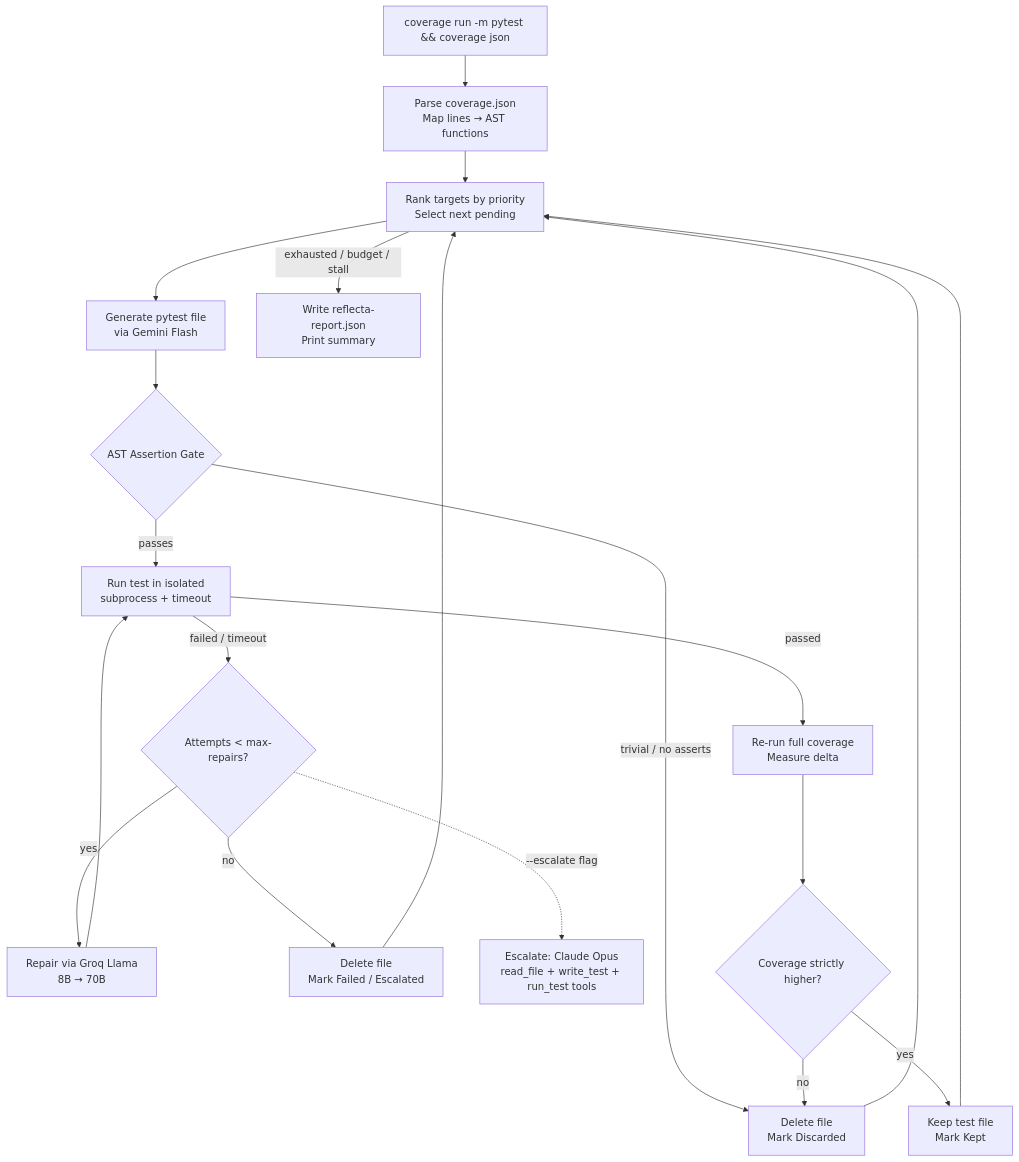
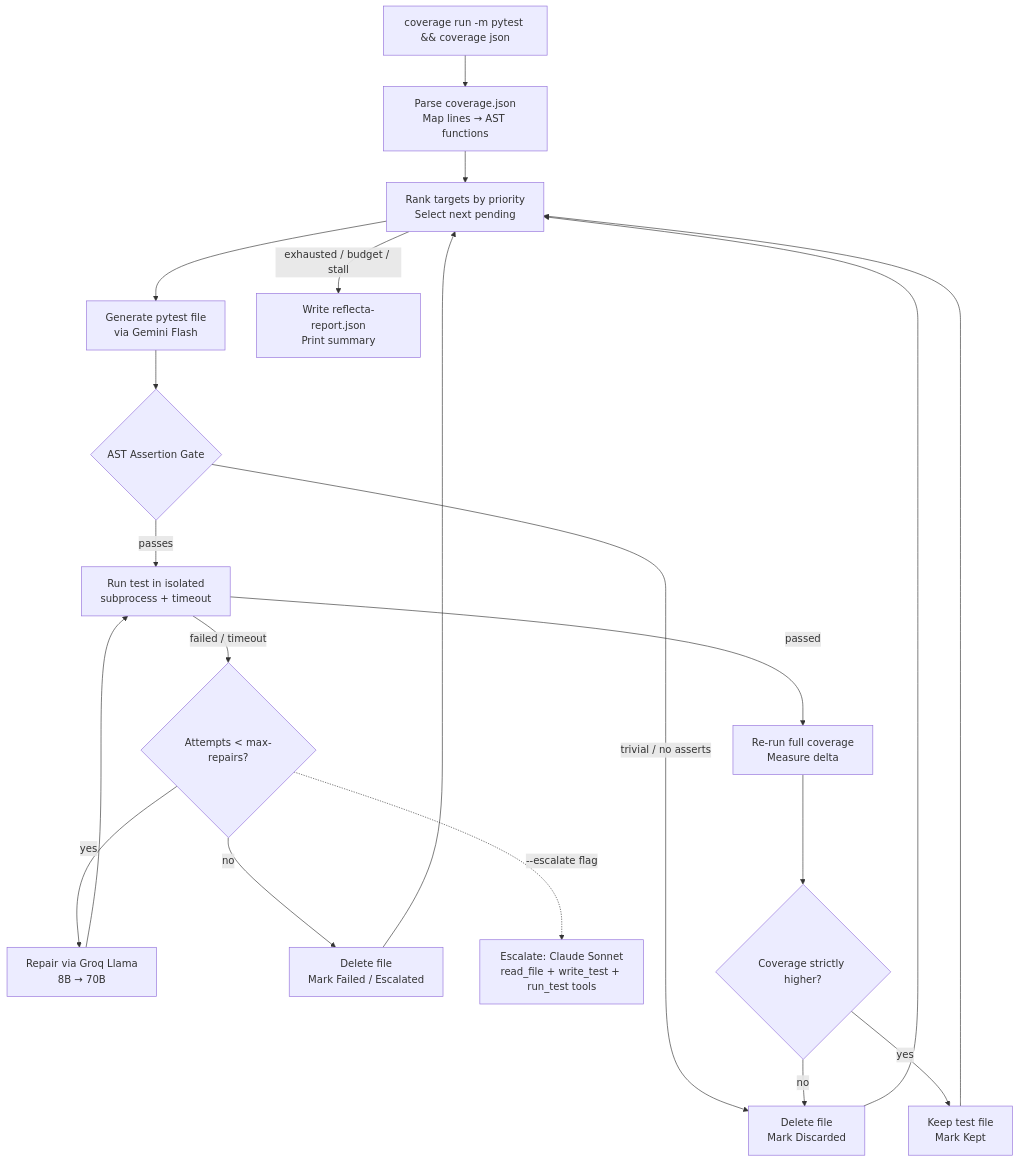
The diagram in README.md (parthiv-2006/Reflecta-Ai-Agent), drawn with Mermaid before and after one commit. The commit also changed other lines of this file and 2 other files, not shown here.

Commit message:
fix: use claude-sonnet-4-6 for escalation (not opus)
Matches project convention: sonnet for standard work, opus only for
problems sonnet cannot solve. Adds @pytest.mark.live smoke test that
calls the real Anthropic API to verify Claude repairs a trivially wrong
assertion (skipped in CI; run with -m live when ANTHROPIC_API_KEY is set).

````diff
--- a/README.md
+++ b/README.md
@@ -46,21 +46,21 @@
 ```mermaid
 graph TD
     A[coverage run -m pytest && coverage json] --> B[Parse coverage.json\nMap lines → AST functions]
     B --> C[Rank targets by priority\nSelect next pending]
     C --> D[Generate pytest file\nvia Gemini Flash]
     D --> E{AST Assertion Gate}
     E -- trivial / no asserts --> F[Delete file\nMark Discarded]
     E -- passes --> G[Run test in isolated\nsubprocess + timeout]
     G -- failed / timeout --> H{Attempts < max-repairs?}
     H -- yes --> I[Repair via Groq Llama\n8B → 70B] --> G
     H -- no --> J[Delete file\nMark Failed / Escalated]
-    H -. --escalate flag .-> O[Escalate: Claude Opus\nread_file + write_test + run_test tools]
+    H -. --escalate flag .-> O[Escalate: Claude Sonnet\nread_file + write_test + run_test tools]
     G -- passed --> K[Re-run full coverage\nMeasure delta]
     K --> L{Coverage strictly higher?}
     L -- yes --> M[Keep test file\nMark Kept]
     L -- no --> F
     M --> C
     F --> C
     J --> C
     C -- exhausted / budget / stall --> N[Write reflecta-report.json\nPrint summary]
 ```
````
